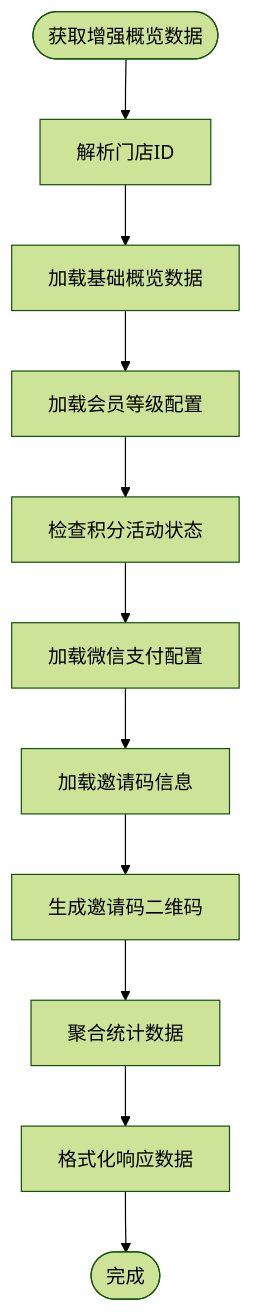
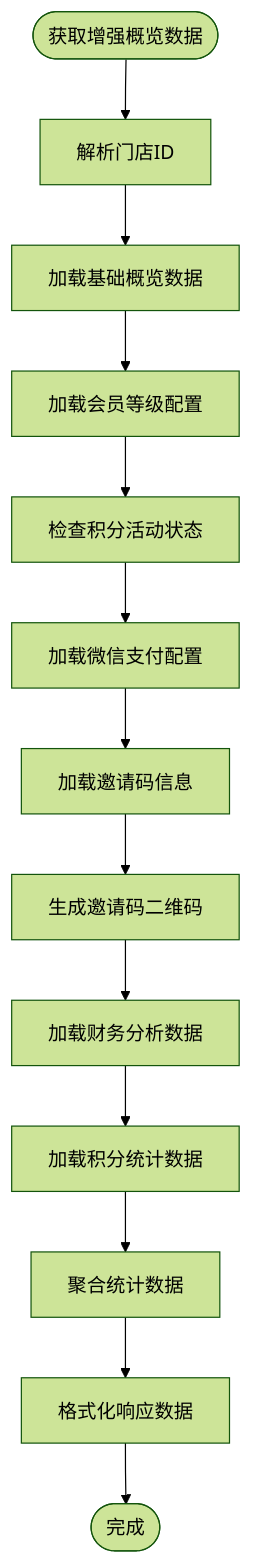
One commit to rc558620/purelyprofit-server changed diagram 16 of 22 in .qoder/repowiki/zh/content/业务模块/营销推广模块/营销推广模块.md. Above: the diagram before and after it, drawn with Mermaid (forest theme). The commit also changed other lines of this file and 10 other files, not shown here.

````diff
--- a/.qoder/repowiki/zh/content/业务模块/营销推广模块/营销推广模块.md
+++ b/.qoder/repowiki/zh/content/业务模块/营销推广模块/营销推广模块.md
@@ -664,13 +921,15 @@
 ```mermaid
 flowchart TD
 Start([获取增强概览数据]) --> ResolveStore["解析门店ID"]
 ResolveStore --> LoadBaseData["加载基础概览数据"]
 LoadBaseData --> LoadMemberSettings["加载会员等级配置"]
 LoadMemberSettings --> CheckPointsActivity["检查积分活动状态"]
 CheckPointsActivity --> LoadWechatConfig["加载微信支付配置"]
 LoadWechatConfig --> LoadInviteCode["加载邀请码信息"]
 LoadInviteCode --> BuildQRCode["生成邀请码二维码"]
-BuildQRCode --> AggregateData["聚合统计数据"]
+BuildQRCode --> LoadFinancialData["加载财务分析数据"]
+LoadFinancialData --> LoadPointsStats["加载积分统计数据"]
+LoadPointsStats --> AggregateData["聚合统计数据"]
 AggregateData --> FormatResponse["格式化响应数据"]
 FormatResponse --> End([完成])
 ```
````
